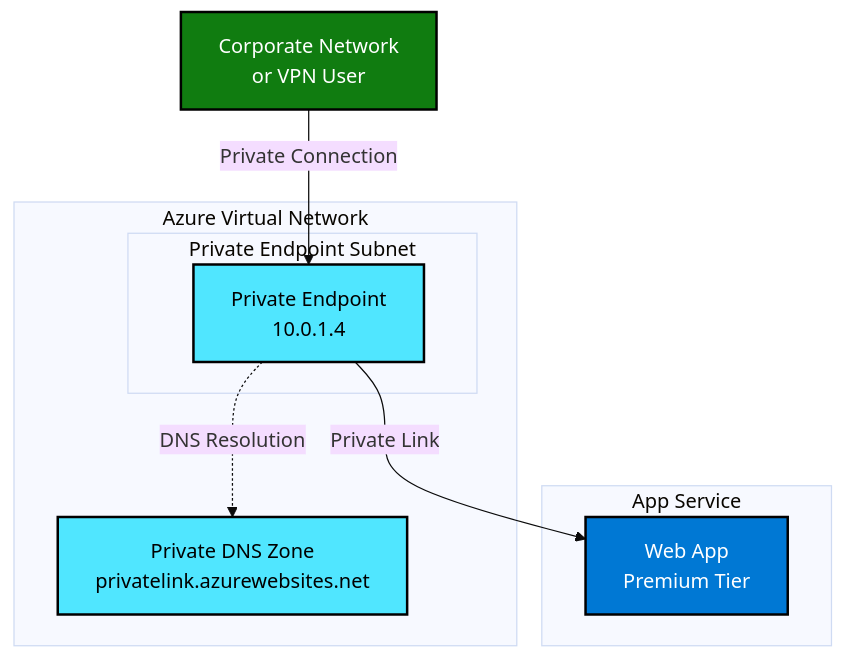
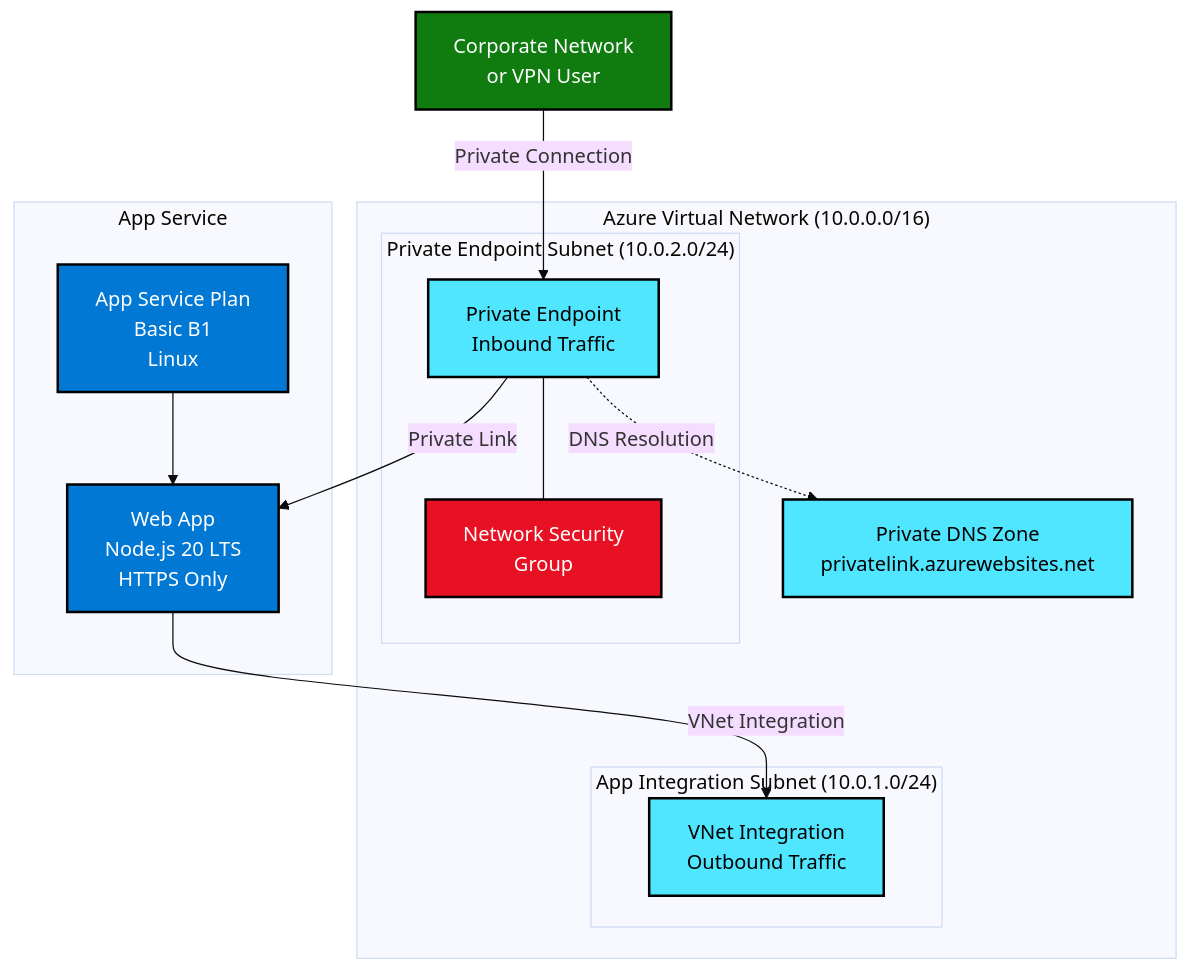
One commit to chrisdoofer/Azure-Infra-Demos changed the diagram in patterns/web-app-private-endpoint/architecture.mmd. Above: the diagram before and after it, drawn with Mermaid (base theme). The commit also changed 19 other files, not shown here.

First line of the commit message:
feat: Wave 1 — complete serverless-api, web-app, monitor patterns

```diff
--- a/patterns/web-app-private-endpoint/architecture.mmd
+++ b/patterns/web-app-private-endpoint/architecture.mmd
@@ -1,23 +1,33 @@
 graph TB
-    subgraph "Azure Virtual Network"
-        subgraph "Private Endpoint Subnet"
-            PE[Private Endpoint<br/>10.0.1.4]
+    subgraph "Azure Virtual Network (10.0.0.0/16)"
+        subgraph "App Integration Subnet (10.0.1.0/24)"
+            VNET[VNet Integration<br/>Outbound Traffic]
+        end
+        subgraph "Private Endpoint Subnet (10.0.2.0/24)"
+            PE[Private Endpoint<br/>Inbound Traffic]
+            NSG[Network Security<br/>Group]
         end
         DNS[Private DNS Zone<br/>privatelink.azurewebsites.net]
     end
     
     subgraph "App Service"
-        APP[Web App<br/>Premium Tier]
+        PLAN[App Service Plan<br/>Basic B1<br/>Linux]
+        APP[Web App<br/>Node.js 20 LTS<br/>HTTPS Only]
     end
     
     User[Corporate Network<br/>or VPN User] -->|Private Connection| PE
     PE -->|Private Link| APP
+    APP -->|VNet Integration| VNET
     PE -.->|DNS Resolution| DNS
+    PE --- NSG
+    PLAN --> APP
     
     classDef azureService fill:#0078D4,stroke:#000,stroke-width:2px,color:#fff
     classDef network fill:#50E6FF,stroke:#000,stroke-width:2px,color:#000
+    classDef security fill:#E81123,stroke:#000,stroke-width:2px,color:#fff
     classDef user fill:#107C10,stroke:#000,stroke-width:2px,color:#fff
     
-    class APP azureService
-    class PE,DNS network
+    class APP,PLAN azureService
+    class PE,DNS,VNET network
+    class NSG security
     class User user
```
